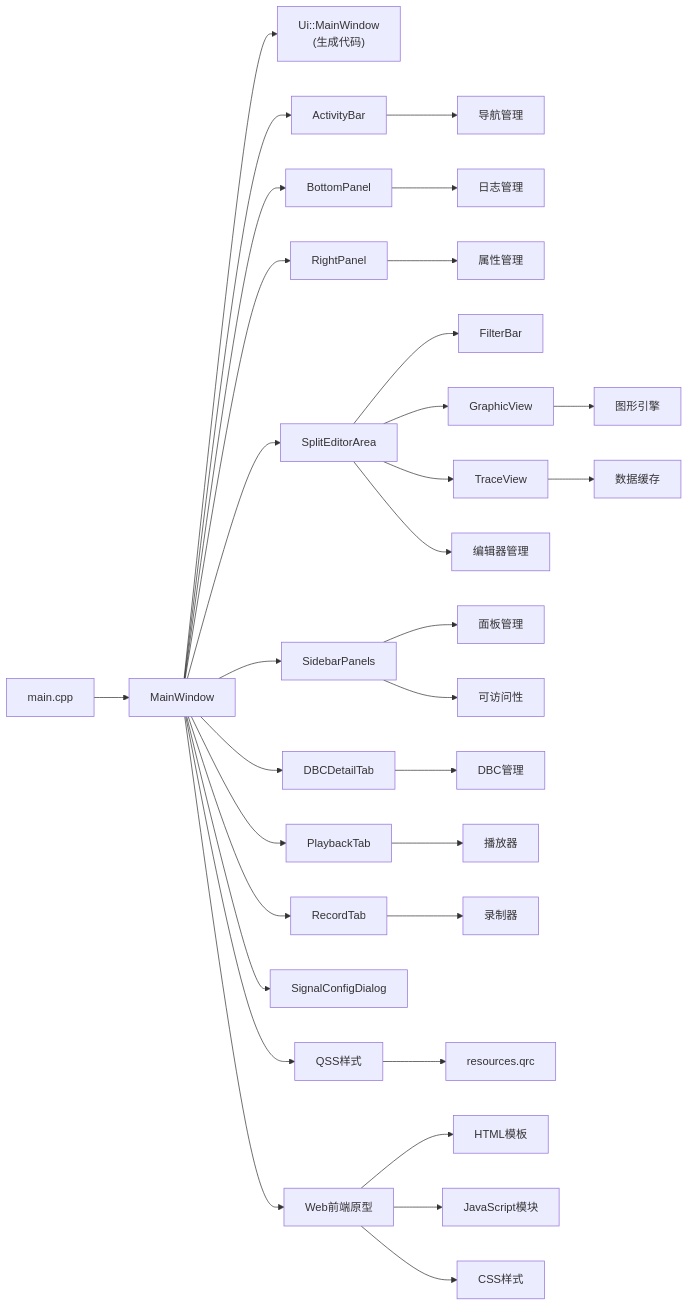
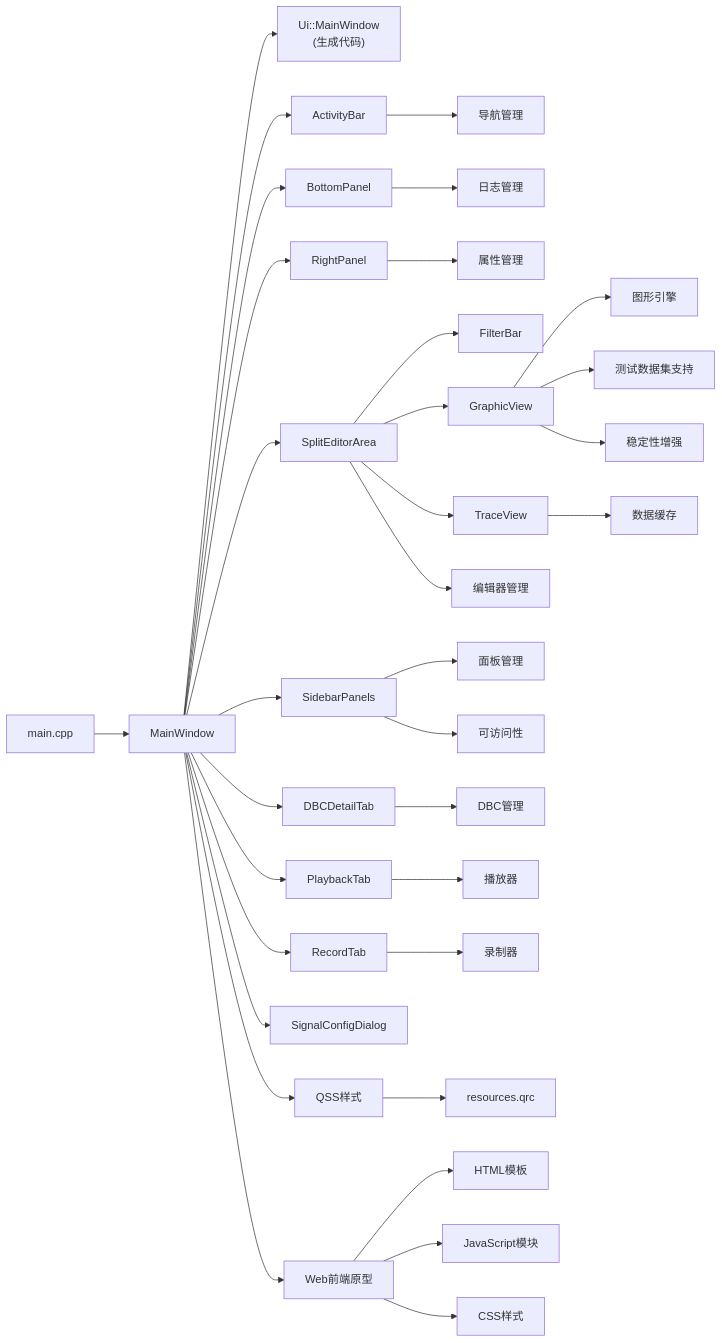
One commit to jakecai1225-design/OpenBus changed diagram 15 of 15 in .qoder/repowiki/zh/content/架构设计/UI系统设计/UI系统设计.md. Above: the diagram before and after it, drawn with Mermaid. The commit also changed other lines of this file and 15 other files, not shown here.

Commit message:
分离试图 拓扑图

````diff
--- a/.qoder/repowiki/zh/content/架构设计/UI系统设计/UI系统设计.md
+++ b/.qoder/repowiki/zh/content/架构设计/UI系统设计/UI系统设计.md
@@ -940,34 +994,36 @@
 ```mermaid
 graph LR
 Main["main.cpp"] --> MW["MainWindow"]
 MW --> UI["Ui::MainWindow<br/>(生成代码)"]
 MW --> AB["ActivityBar"]
 MW --> BP["BottomPanel"]
 MW --> RP["RightPanel"]
 MW --> SEA["SplitEditorArea"]
 MW --> SBP["SidebarPanels"]
 MW --> DBCT["DBCDetailTab"]
 MW --> PB["PlaybackTab"]
 MW --> RT["RecordTab"]
 SEA --> FB["FilterBar"]
 SEA --> GV["GraphicView"]
 SEA --> TV["TraceView"]
 MW --> SCD["SignalConfigDialog"]
 MW --> QSS["QSS样式"]
 QSS --> QRC["resources.qrc"]
 AB --> Navigation["导航管理"]
 BP --> Logging["日志管理"]
 RP --> Properties["属性管理"]
 SEA --> Editors["编辑器管理"]
 SBP --> Panels["面板管理"]
 DBCT --> DBC["DBC管理"]
 PB --> Player["播放器"]
 RT --> Recorder["录制器"]
 MW --> Web["Web前端原型"]
 Web --> HTML["HTML模板"]
 Web --> JS["JavaScript模块"]
 Web --> CSS["CSS样式"]
 GV --> Graphics["图形引擎"]
+GV --> TestData["测试数据集支持"]
 TV --> DataCache["数据缓存"]
 SBP --> Accessibility["可访问性"]
+GV --> Stability["稳定性增强"]
 ```
````
